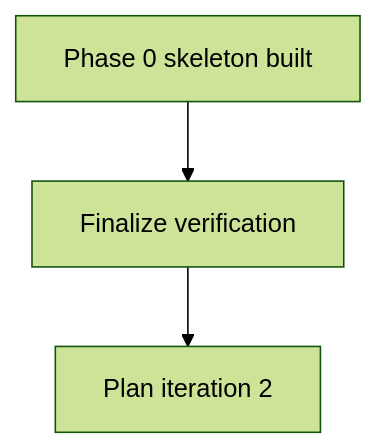
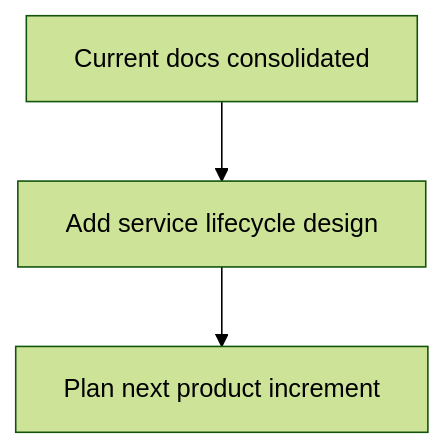
The diagram in docs/.todo.md (deweyou/weave), drawn with Mermaid (forest theme) before and after one commit. The commit also changed other lines of this file and 10 other files, not shown here.

````diff
--- a/docs/.todo.md
+++ b/docs/.todo.md
@@ -3,5 +3,5 @@
 ```mermaid
 flowchart TD
-    A["Phase 0 skeleton built"] --> B["Finalize verification"]
-    B --> C["Plan iteration 2"]
+    A["Current docs consolidated"] --> B["Add service lifecycle design"]
+    B --> C["Plan next product increment"]
 ```
````
